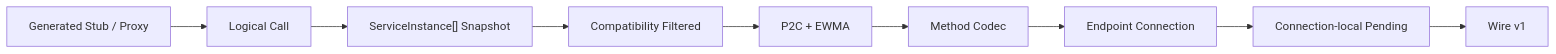
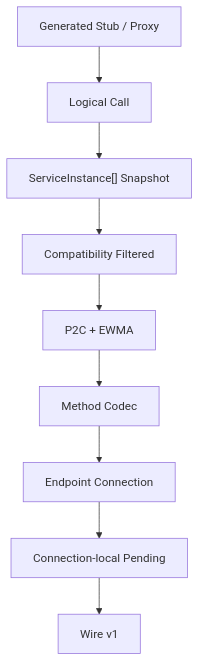
The second of 3 diagrams in docs/architecture.md (Ryan-Guizhou/peach-rpc), drawn with Mermaid before and after one commit.

Commit message:
fix(docs): avoid unreadably compressed horizontal Mermaid diagram in docs/architecture.md

````diff
--- a/docs/architecture.md
+++ b/docs/architecture.md
@@ -60,14 +60,14 @@
 ```mermaid
-flowchart LR
+flowchart TB
     Stub[Generated Stub / Proxy]
     Call[Logical Call]
     Dir["ServiceInstance[] Snapshot"]
     Compat[Compatibility Filtered]
     LB[P2C + EWMA]
     Codec[Method Codec]
     Conn[Endpoint Connection]
     Pending[Connection-local Pending]
     Wire[Wire v1]
 
     Stub --> Call --> Dir --> Compat --> LB --> Codec --> Conn --> Pending --> Wire
 ```
````
